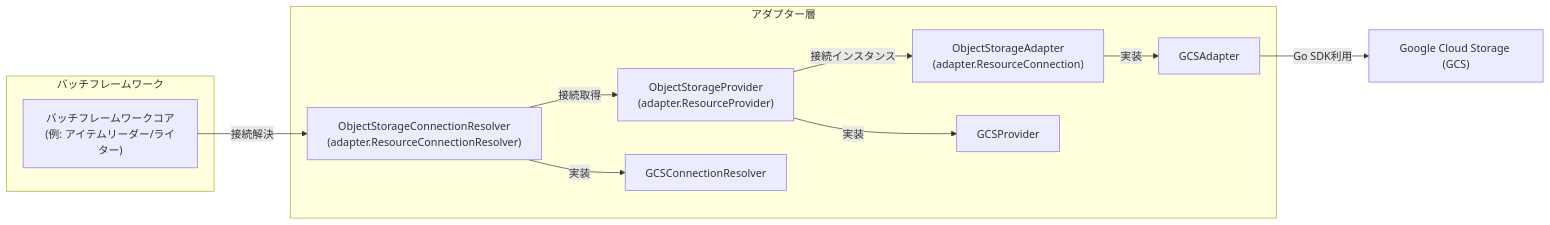
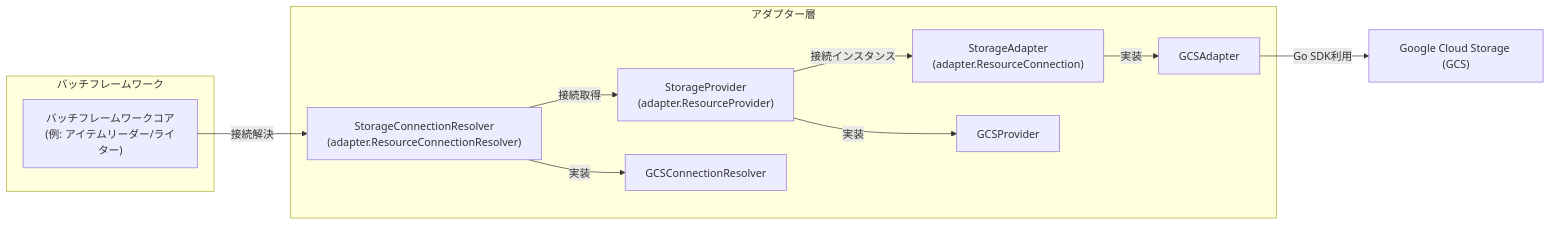
Before and after one commit to tigerroll/surfin: the diagram in docs/strategy/gcs_storage_adapter_design.md, drawn with Mermaid. The commit also changed other lines of this file, not shown here.

Commit message:
docs/clarify-storage-adapter-naming

````diff
--- a/docs/strategy/gcs_storage_adapter_design.md
+++ b/docs/strategy/gcs_storage_adapter_design.md
@@ -28,25 +28,25 @@
 ```mermaid
 graph LR
     subgraph "バッチフレームワーク"
         A["バッチフレームワークコア<br>(例: アイテムリーダー/ライター)"]
     end
 
     subgraph "アダプター層"
-        B1["ObjectStorageConnectionResolver<br>(adapter.ResourceConnectionResolver)"]
-        B2["ObjectStorageProvider<br>(adapter.ResourceProvider)"]
-        B3["ObjectStorageAdapter<br>(adapter.ResourceConnection)"]
+        B1["StorageConnectionResolver<br>(adapter.ResourceConnectionResolver)"]
+        B2["StorageProvider<br>(adapter.ResourceProvider)"]
+        B3["StorageAdapter<br>(adapter.ResourceConnection)"]
         C1["GCSConnectionResolver"]
         C2["GCSProvider"]
         C3["GCSAdapter"]
     end
 
     D["Google Cloud Storage (GCS)"]
 
     A -- "接続解決" --> B1
     B1 -- "接続取得" --> B2
     B2 -- "接続インスタンス" --> B3
     B1 -- "実装" --> C1
     B2 -- "実装" --> C2
     B3 -- "実装" --> C3
     C3 -- "Go SDK利用" --> D
 ```
````
